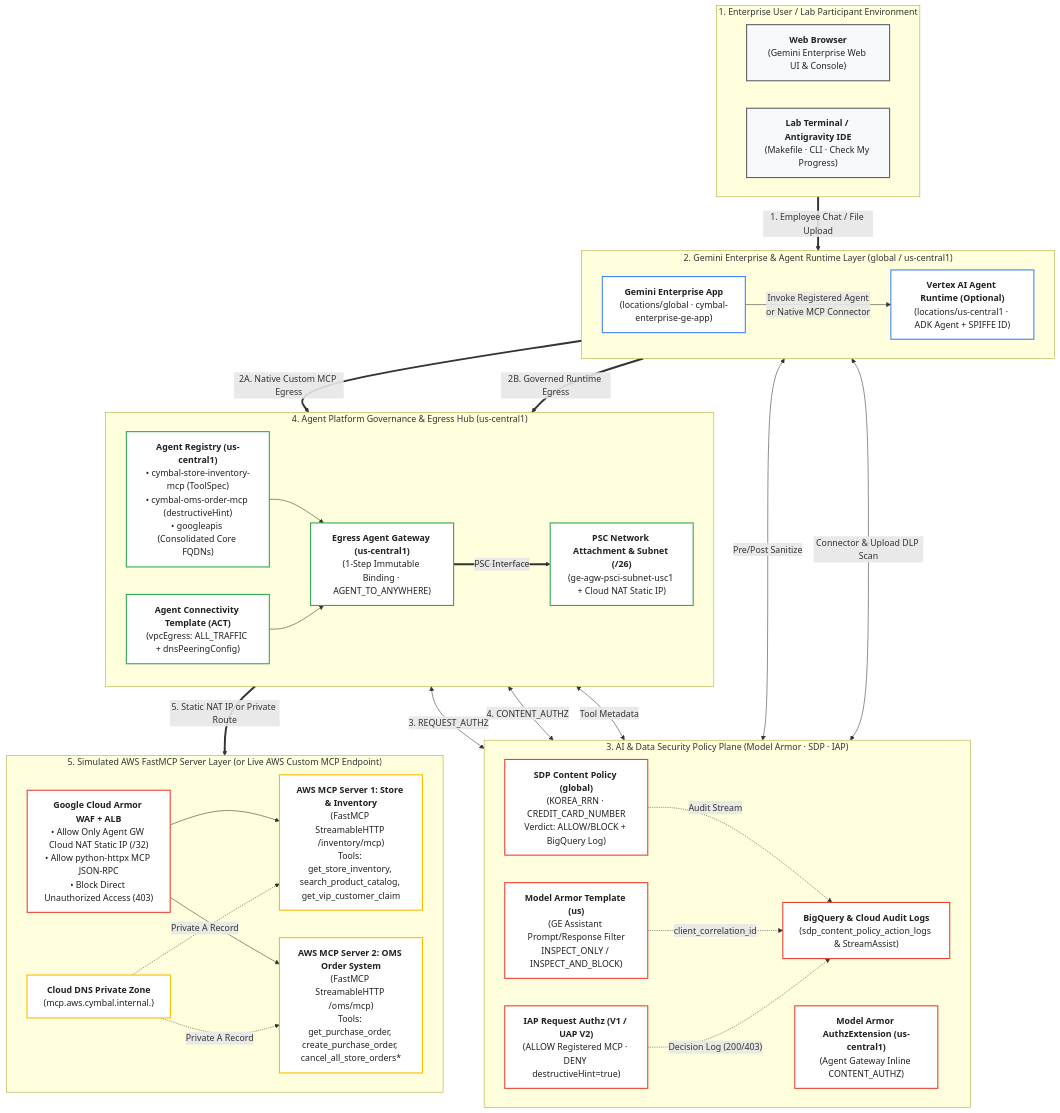
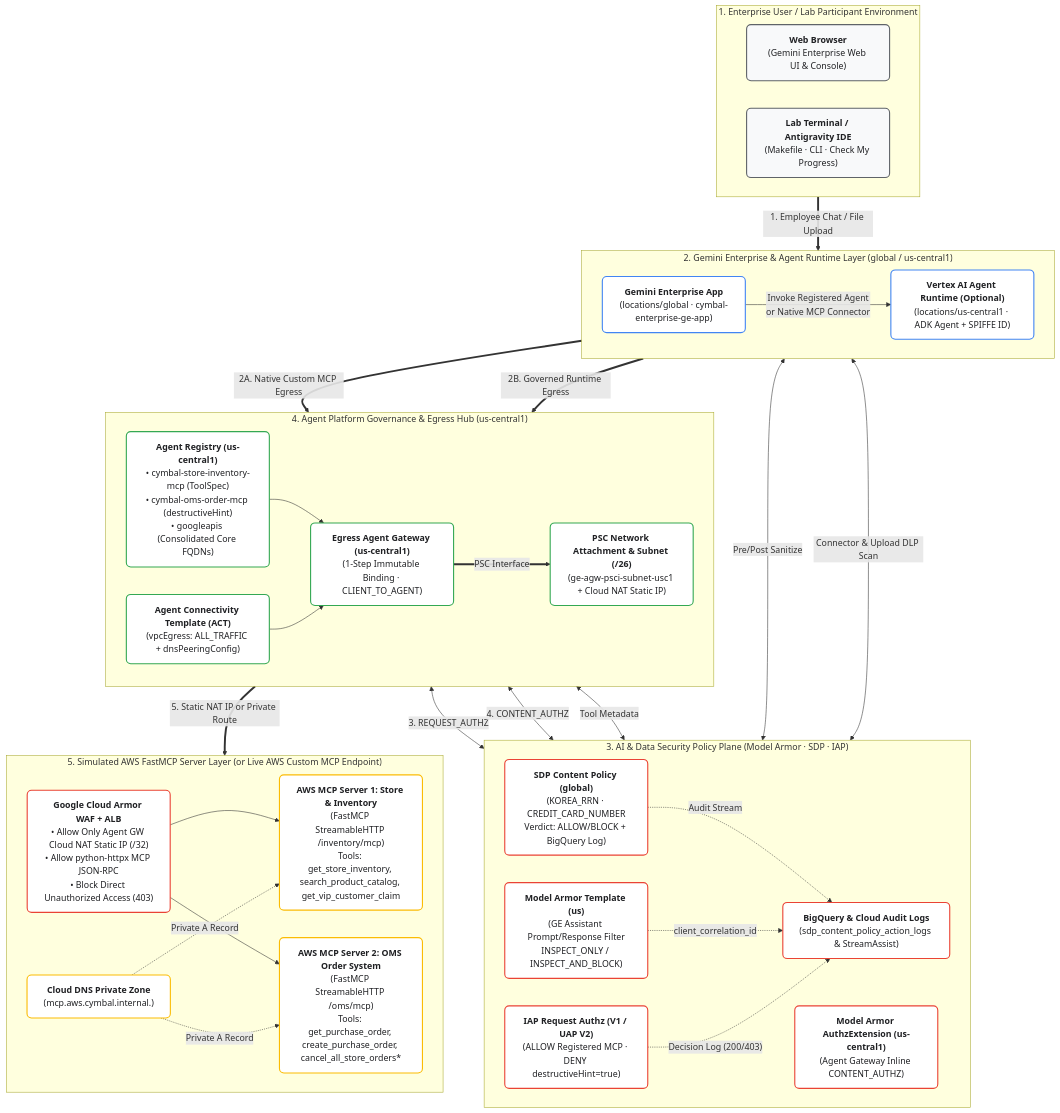
Before and after one commit to rhkim77/ge-agent-gateway-mcp: the diagram in README.md, drawn with Mermaid. The commit also changed other lines of this file and 31 other files, not shown here.

Commit message:
feat(diagrams): upgrade all repository and Qwiklabs diagrams to Official GCP Standard Style (SVG, 2x Retina PNG, Draw.io XML, and Mermaid)

````diff
--- a/README.md
+++ b/README.md
@@ -22,66 +36,66 @@
 ```mermaid
 flowchart TB
-    classDef userLayer fill:#F8F9FA,stroke:#5F6368,stroke-width:2px,color:#202124
-    classDef geLayer fill:#FFFFFF,stroke:#4285F4,stroke-width:2px,color:#202124
-    classDef agwLayer fill:#FFFFFF,stroke:#34A853,stroke-width:2px,color:#202124
-    classDef secLayer fill:#FFFFFF,stroke:#EA4335,stroke-width:2px,color:#202124
-    classDef awsLayer fill:#FFFFFF,stroke:#FBBC04,stroke-width:2px,color:#202124
+    classDef userLayer fill:#F8F9FA,stroke:#5F6368,stroke-width:2px,color:#202124,rx:8px,ry:8px
+    classDef geLayer fill:#FFFFFF,stroke:#4285F4,stroke-width:2px,color:#202124,rx:8px,ry:8px
+    classDef agwLayer fill:#FFFFFF,stroke:#34A853,stroke-width:2px,color:#202124,rx:8px,ry:8px
+    classDef secLayer fill:#FFFFFF,stroke:#EA4335,stroke-width:2px,color:#202124,rx:8px,ry:8px
+    classDef awsLayer fill:#FFFFFF,stroke:#FBBC04,stroke-width:2px,color:#202124,rx:8px,ry:8px
 
     subgraph USER_ENV["1. Enterprise User / Lab Participant Environment"]
         direction LR
         BROWSER["<b>Web Browser</b><br/>(Gemini Enterprise Web UI & Console)"]:::userLayer
         WORKSTATION["<b>Lab Terminal / Antigravity IDE</b><br/>(Makefile · CLI · Check My Progress)"]:::userLayer
     end
 
     subgraph GE_CONTROL["2. Gemini Enterprise & Agent Runtime Layer (global / us-central1)"]
         direction LR
         GE_APP["<b>Gemini Enterprise App</b><br/>(locations/global · cymbal-enterprise-ge-app)"]:::geLayer
         ADK_AGENT["<b>Vertex AI Agent Runtime (Optional)</b><br/>(locations/us-central1 · ADK Agent + SPIFFE ID)"]:::geLayer
         GE_APP -->|"Invoke Registered Agent<br/>or Native MCP Connector"| ADK_AGENT
     end
 
     subgraph GOV_PLANE["3. AI & Data Security Policy Plane (Model Armor · SDP · IAP)"]
         direction LR
         MA_US["<b>Model Armor Template (us)</b><br/>(GE Assistant Prompt/Response Filter<br/>INSPECT_ONLY / INSPECT_AND_BLOCK)"]:::secLayer
         SDP_POL["<b>SDP Content Policy (global)</b><br/>(KOREA_RRN · CREDIT_CARD_NUMBER<br/>Verdict: ALLOW/BLOCK + BigQuery Log)"]:::secLayer
         MA_USC1["<b>Model Armor AuthzExtension (us-central1)</b><br/>(Agent Gateway Inline CONTENT_AUTHZ)"]:::secLayer
         IAP_UAP["<b>IAP Request Authz (V1 / UAP V2)</b><br/>(ALLOW Registered MCP · DENY destructiveHint=true)"]:::secLayer
         BQ_AUDIT["<b>BigQuery & Cloud Audit Logs</b><br/>(sdp_content_policy_action_logs & StreamAssist)"]:::secLayer
     end
 
     subgraph AGW_PLANE["4. Agent Platform Governance & Egress Hub (us-central1)"]
         direction LR
         AREG["<b>Agent Registry (us-central1)</b><br/>• cymbal-store-inventory-mcp (ToolSpec)<br/>• cymbal-oms-order-mcp (destructiveHint)<br/>• googleapis (Consolidated Core FQDNs)"]:::agwLayer
         ACT["<b>Agent Connectivity Template (ACT)</b><br/>(vpcEgress: ALL_TRAFFIC + dnsPeeringConfig)"]:::agwLayer
-        AGW["<b>Egress Agent Gateway (us-central1)</b><br/>(1-Step Immutable Binding · AGENT_TO_ANYWHERE)"]:::agwLayer
+        AGW["<b>Egress Agent Gateway (us-central1)</b><br/>(1-Step Immutable Binding · CLIENT_TO_AGENT)"]:::agwLayer
         PSC_NA["<b>PSC Network Attachment & Subnet (/26)</b><br/>(ge-agw-psci-subnet-usc1 + Cloud NAT Static IP)"]:::agwLayer
         AREG --> AGW
         ACT --> AGW
         AGW ==>|"PSC Interface"| PSC_NA
     end
 
     subgraph AWS_TARGET["5. Simulated AWS FastMCP Server Layer (or Live AWS Custom MCP Endpoint)"]
         direction LR
         CLOUD_ARMOR["<b>Google Cloud Armor WAF + ALB</b><br/>• Allow Only Agent GW Cloud NAT Static IP (/32)<br/>• Allow python-httpx MCP JSON-RPC<br/>• Block Direct Unauthorized Access (403)"]:::secLayer
         DNS_PZ["<b>Cloud DNS Private Zone</b><br/>(mcp.aws.cymbal.internal.)"]:::awsLayer
         MCP_INV["<b>AWS MCP Server 1: Store & Inventory</b><br/>(FastMCP StreamableHTTP /inventory/mcp)<br/>Tools: get_store_inventory, search_product_catalog, get_vip_customer_claim"]:::awsLayer
         MCP_OMS["<b>AWS MCP Server 2: OMS Order System</b><br/>(FastMCP StreamableHTTP /oms/mcp)<br/>Tools: get_purchase_order, create_purchase_order, cancel_all_store_orders*"]:::awsLayer
         CLOUD_ARMOR --> MCP_INV
         CLOUD_ARMOR --> MCP_OMS
         DNS_PZ -.->|"Private A Record"| MCP_INV
         DNS_PZ -.->|"Private A Record"| MCP_OMS
     end
 
     BROWSER ==>|"1. Employee Chat / File Upload"| GE_APP
     GE_APP <-->|"Pre/Post Sanitize"| MA_US
     GE_APP <-->|"Connector & Upload DLP Scan"| SDP_POL
     GE_APP ==>|"2A. Native Custom MCP Egress"| AGW
     ADK_AGENT ==>|"2B. Governed Runtime Egress"| AGW
     AGW <-->|"3. REQUEST_AUTHZ"| IAP_UAP
     AGW <-->|"4. CONTENT_AUTHZ"| MA_USC1
     IAP_UAP <-->|"Tool Metadata"| AREG
     PSC_NA ==>|"5. Static NAT IP or Private Route"| CLOUD_ARMOR
     SDP_POL -.->|"Audit Stream"| BQ_AUDIT
     MA_US -.->|"client_correlation_id"| BQ_AUDIT
     IAP_UAP -.->|"Decision Log (200/403)"| BQ_AUDIT
 ```
````
